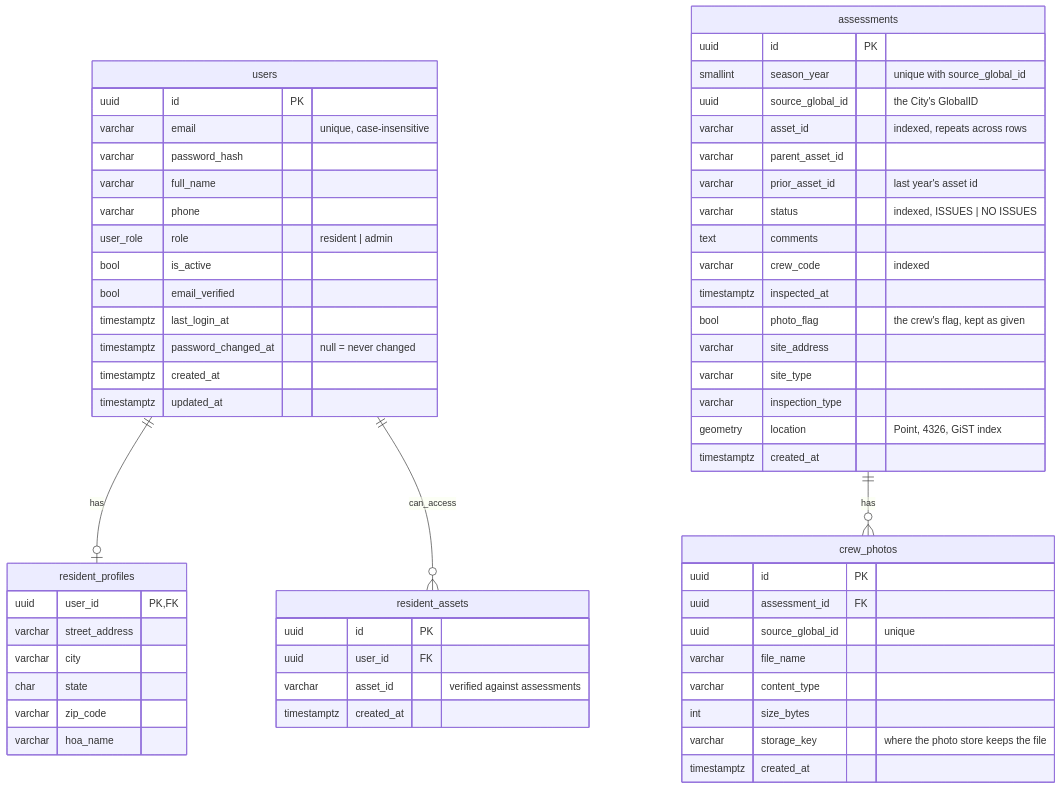
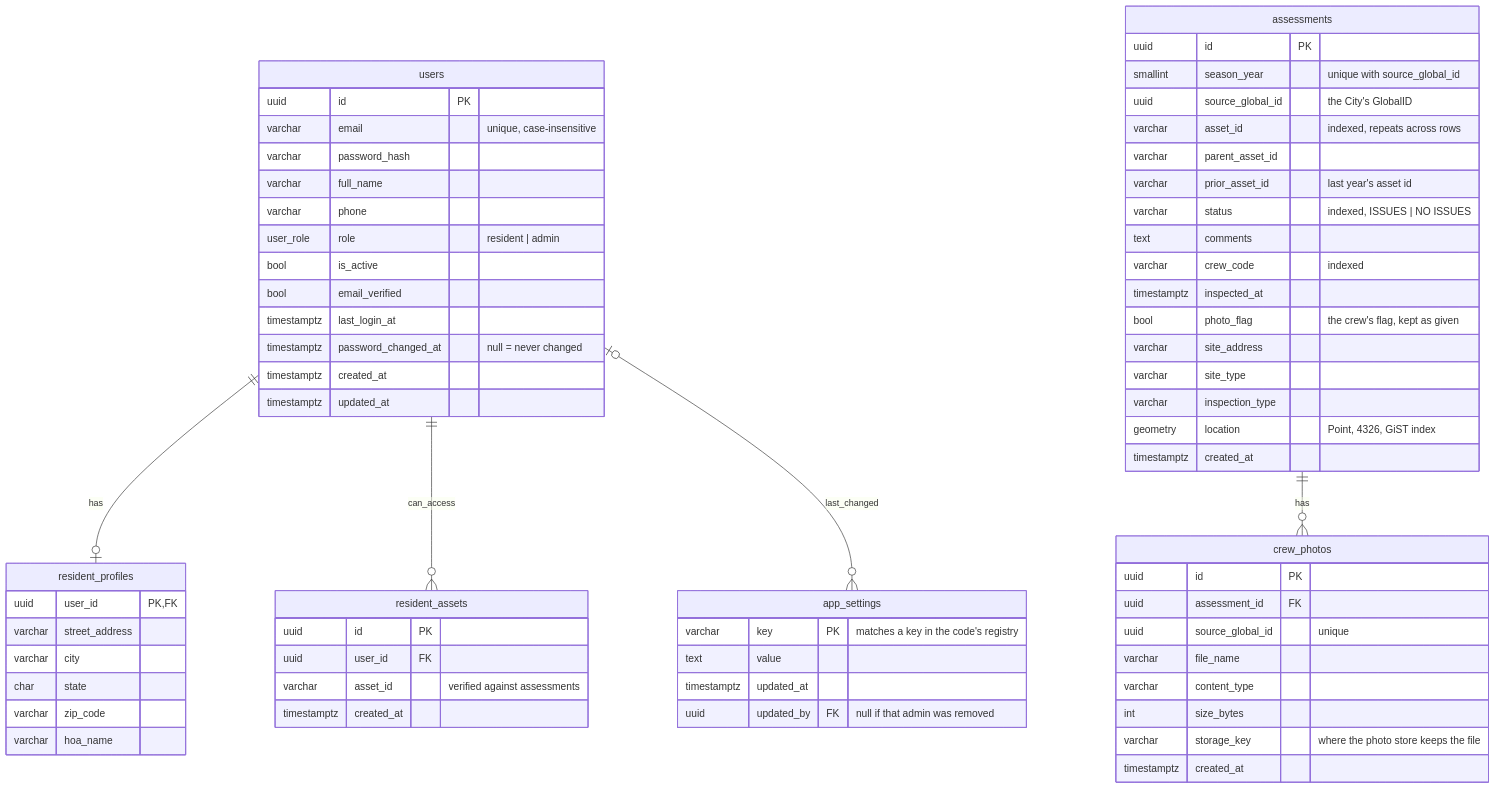
One commit to fliu-sfd/Fire_Haz_Veg_Portal changed the diagram in docs/database.md. Above: the diagram before and after it, drawn with Mermaid. The commit also changed other lines of this file and 3 other files, not shown here.

Commit message:
feat: add app_settings table and migration

````diff
--- a/docs/database.md
+++ b/docs/database.md
@@ -28,63 +28,70 @@
 ```mermaid
 erDiagram
     users ||--o| resident_profiles : has
     users ||--o{ resident_assets : can_access
+    users |o--o{ app_settings : last_changed
     assessments ||--o{ crew_photos : has
 
     users {
         uuid id PK
         varchar email "unique, case-insensitive"
         varchar password_hash
         varchar full_name
         varchar phone
         user_role role "resident | admin"
         bool is_active
         bool email_verified
         timestamptz last_login_at
         timestamptz password_changed_at "null = never changed"
         timestamptz created_at
         timestamptz updated_at
     }
     resident_profiles {
         uuid user_id PK, FK
         varchar street_address
         varchar city
         char state
         varchar zip_code
         varchar hoa_name
     }
     resident_assets {
         uuid id PK
         uuid user_id FK
         varchar asset_id "verified against assessments"
         timestamptz created_at
     }
     assessments {
         uuid id PK
         smallint season_year "unique with source_global_id"
         uuid source_global_id "the City's GlobalID"
         varchar asset_id "indexed, repeats across rows"
         varchar parent_asset_id
         varchar prior_asset_id "last year's asset id"
         varchar status "indexed, ISSUES | NO ISSUES"
         text comments
         varchar crew_code "indexed"
         timestamptz inspected_at
         bool photo_flag "the crew's flag, kept as given"
         varchar site_address
         varchar site_type
         varchar inspection_type
         geometry location "Point, 4326, GiST index"
         timestamptz created_at
     }
     crew_photos {
         uuid id PK
         uuid assessment_id FK
         uuid source_global_id "unique"
         varchar file_name
         varchar content_type
         int size_bytes
         varchar storage_key "where the photo store keeps the file"
         timestamptz created_at
     }
+    app_settings {
+        varchar key PK "matches a key in the code's registry"
+        text value
+        timestamptz updated_at
+        uuid updated_by FK "null if that admin was removed"
+    }
 ```
````
